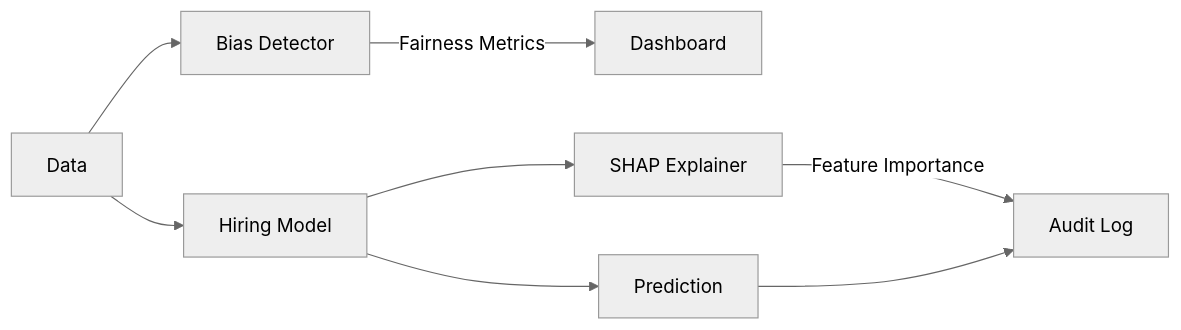
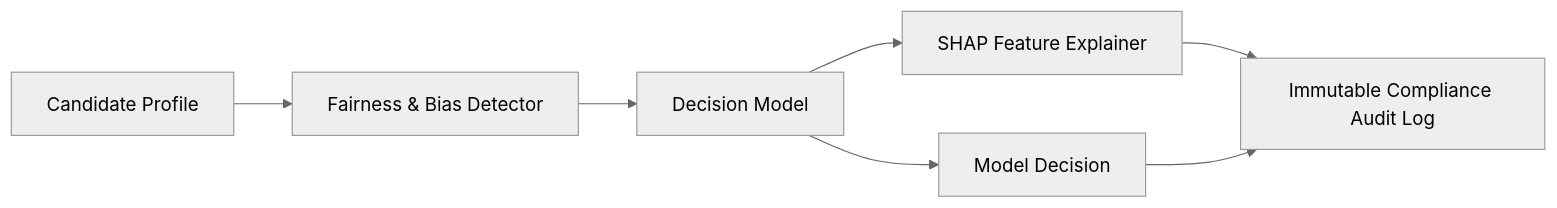
Diagram 12 of 20 in genai_enterprise_usecases/ARCHITECTURE_GUIDE.md (sricheru/agentic-ai-portfolio), drawn with Mermaid (neutral theme) before and after one commit. The commit also changed other lines of this file, not shown here.

Commit message:
fix(mermaid): resolve dagre-d3 edge collision in all 20 diagrams

````diff
--- a/genai_enterprise_usecases/ARCHITECTURE_GUIDE.md
+++ b/genai_enterprise_usecases/ARCHITECTURE_GUIDE.md
@@ -263,10 +267,9 @@
 ```mermaid
 graph LR
-    Data --> Bias[Bias Detector]
-    Bias -->|Fairness Metrics| Dashboard
-    Data --> Model[Hiring Model]
-    Model --> Prediction
-    Model --> Explainer[SHAP Explainer]
-    Explainer -->|Feature Importance| Audit[Audit Log]
-    Prediction --> Audit
+    InputData["Candidate Profile"] --> BiasEngine["Fairness & Bias Detector"]
+    BiasEngine --> ModelInference["Decision Model"]
+    ModelInference --> Prediction["Model Decision"]
+    ModelInference --> SHAP["SHAP Feature Explainer"]
+    SHAP --> AuditTrail["Immutable Compliance Audit Log"]
+    Prediction --> AuditTrail
 ```
````
